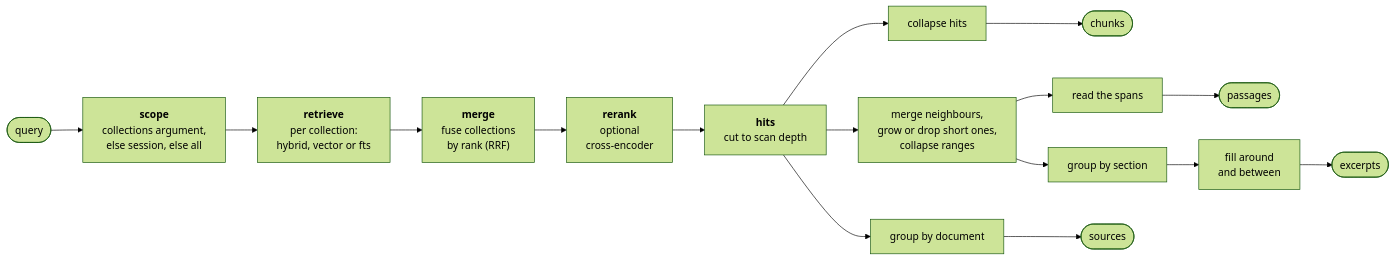
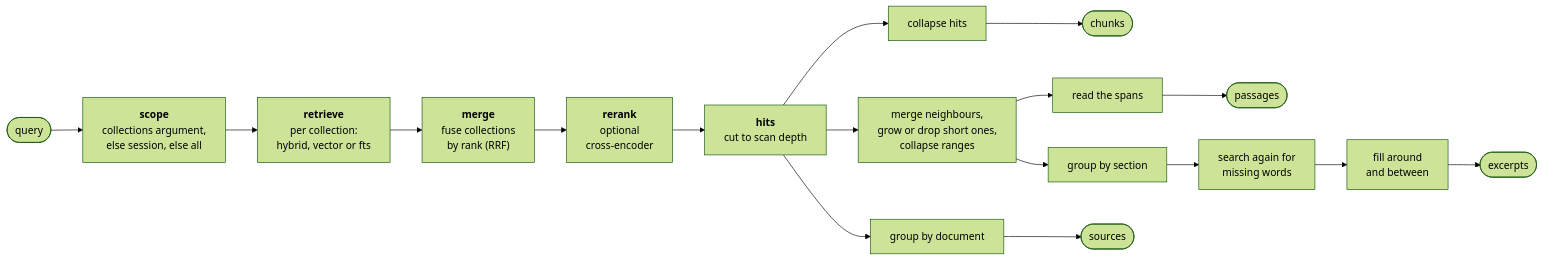
The first of 3 diagrams in docs/search.md (haskian/haskie), drawn with Mermaid (forest theme) before and after one commit. The commit also changed other lines of this file and 11 other files, not shown here.

First line of the commit message:
feat(search)!: search again for words no excerpt holds, and report gaps

````diff
--- a/docs/search.md
+++ b/docs/search.md
@@ -8,12 +8,12 @@
 ```mermaid
 flowchart LR
     q(["query"]) --> scope["<b>scope</b><br/>collections argument,<br/>else session, else all"]
     scope --> retrieve["<b>retrieve</b><br/>per collection:<br/>hybrid, vector or fts"]
     retrieve --> merge["<b>merge</b><br/>fuse collections<br/>by rank (RRF)"]
     merge --> rerank["<b>rerank</b><br/>optional<br/>cross-encoder"]
     rerank --> hits["<b>hits</b><br/>cut to scan depth"]
     hits --> fchunks["collapse hits"] --> chunks(["chunks"])
     hits --> franges["merge neighbours,<br/>grow or drop short ones,<br/>collapse ranges"] --> read["read the spans"] --> passages(["passages"])
-    franges --> group["group by section"] --> fill["fill around<br/>and between"] --> excerpts(["excerpts"])
+    franges --> group["group by section"] --> probe["search again for<br/>missing words"] --> fill["fill around<br/>and between"] --> excerpts(["excerpts"])
     hits --> shortlist["group by document"] --> sources(["sources"])
 ```
````
